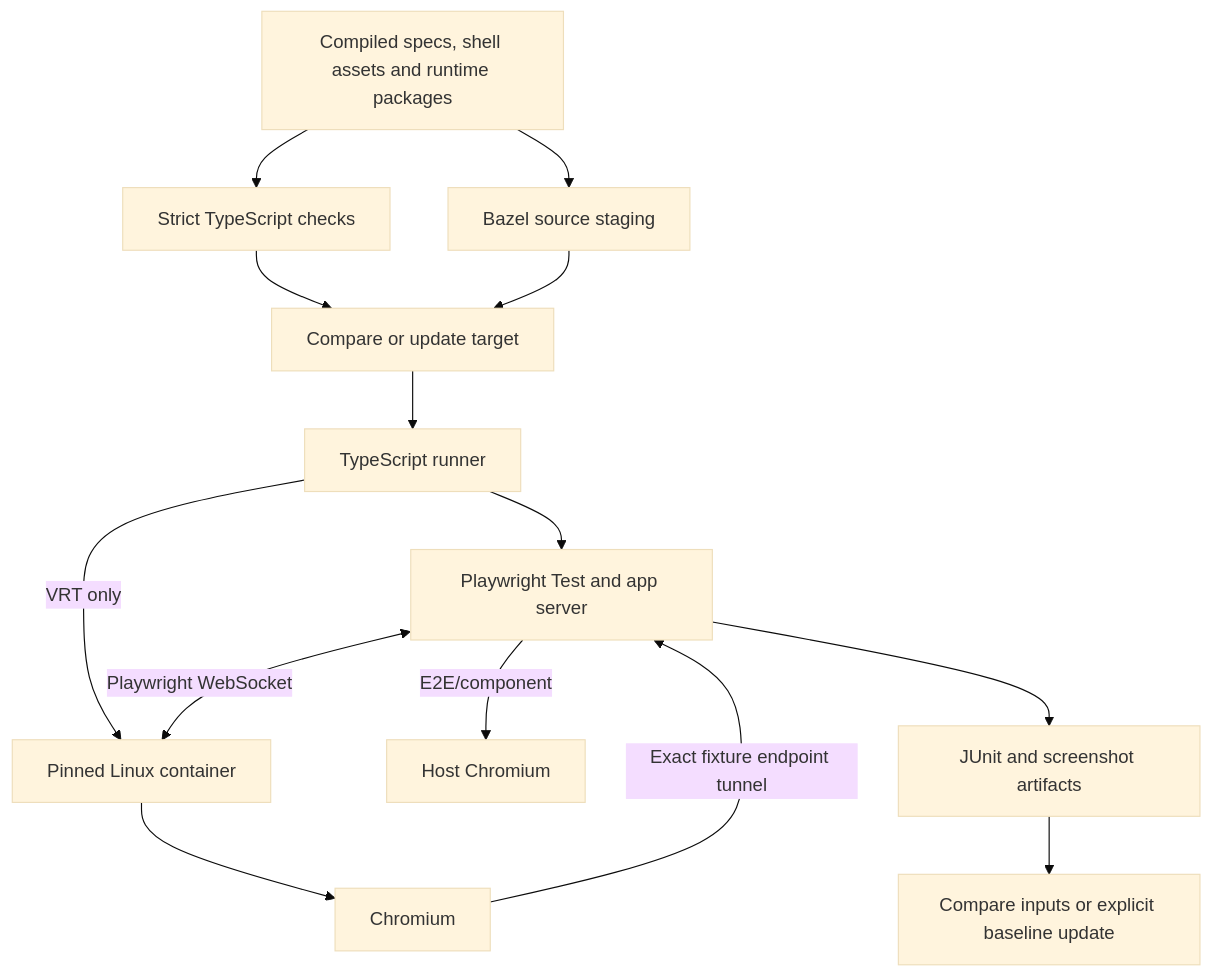
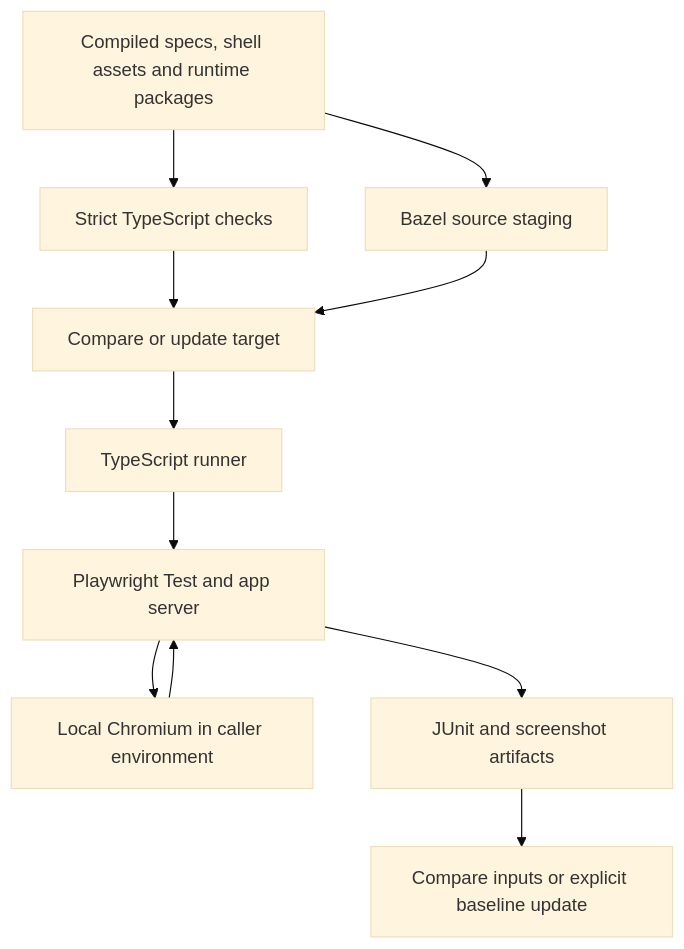
One commit to perplexityai/rules_web_e2e changed the diagram in docs/architecture.md. Above: the diagram before and after it, drawn with Mermaid (base theme). The commit also changed other lines of this file and 36 other files, not shown here.

First line of the commit message:
feat: run VRT in caller-owned execution environments

````diff
--- a/docs/architecture.md
+++ b/docs/architecture.md
@@ -24,16 +24,13 @@
 ```mermaid
 flowchart TD
   Inputs[Compiled specs, shell assets and runtime packages] --> Bazel[Bazel source staging]
   Inputs --> Types[Strict TypeScript checks]
   Types --> Test[Compare or update target]
   Bazel --> Test
   Test --> Runner[TypeScript runner]
   Runner --> Host[Playwright Test and app server]
-  Runner -->|VRT only| Container[Pinned Linux container]
-  Host -->|E2E/component| LocalBrowser[Host Chromium]
-  Host <-->|Playwright WebSocket| Container
-  Container --> Browser[Chromium]
-  Browser -->|Exact fixture endpoint tunnel| Host
+  Host --> Browser[Local Chromium in caller environment]
+  Browser --> Host
   Host --> Results[JUnit and screenshot artifacts]
   Results --> Baselines[Compare inputs or explicit baseline update]
 ```
````
